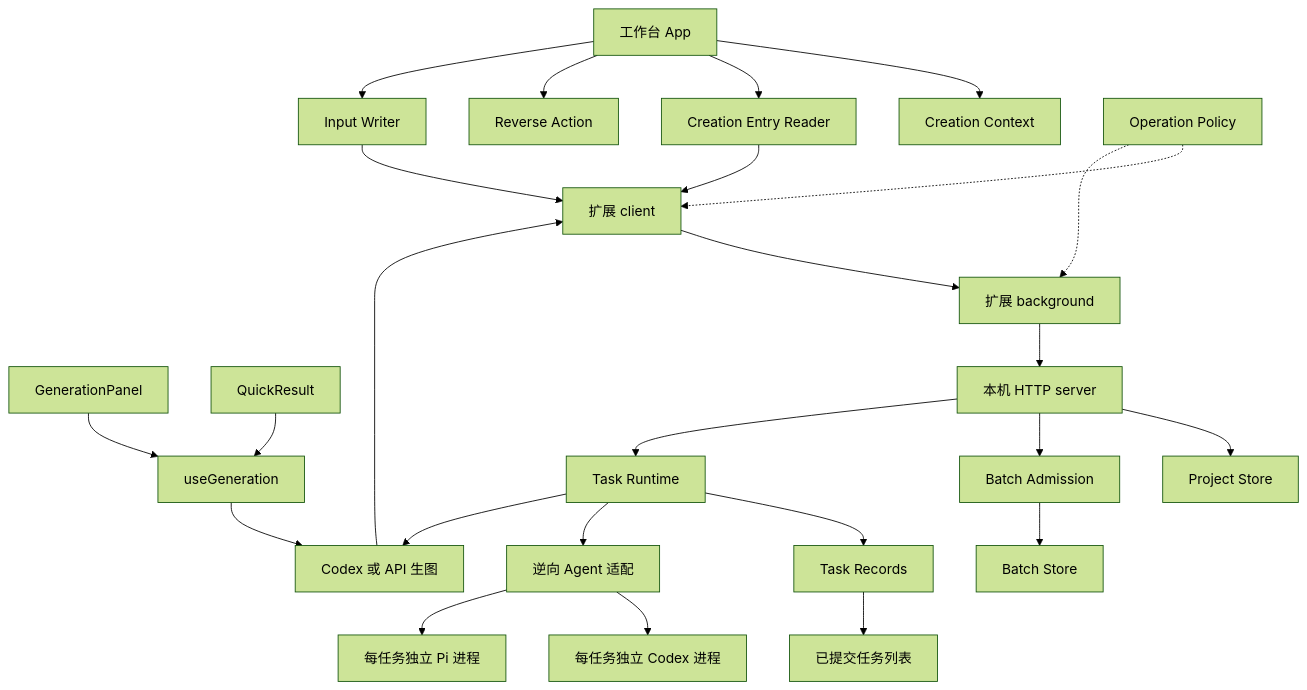
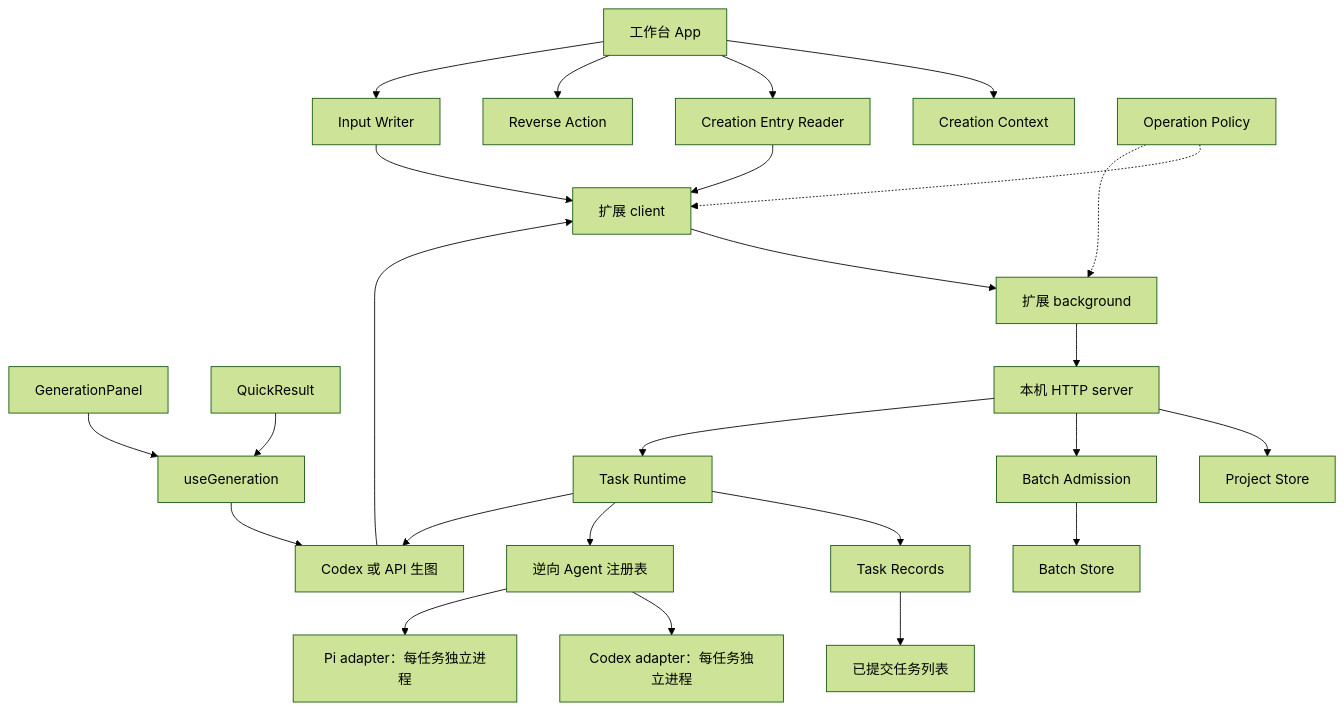
The diagram in browser-extension/docs/architecture.md (AIDiscovery007/qc-reframe), drawn with Mermaid (forest theme) before and after one commit. The commit also changed other lines of this file and 4 other files, not shown here.

Commit message:
docs: describe module ownership after the architecture refactor

````diff
--- a/browser-extension/docs/architecture.md
+++ b/browser-extension/docs/architecture.md
@@ -5,27 +5,27 @@
 ```mermaid
 flowchart TD
   App[工作台 App] --> Context[Creation Context]
   App --> Entry[Creation Entry Reader]
   App --> Reverse[Reverse Action]
   App --> Writer[Input Writer]
   Workspace[GenerationPanel] --> Hook[useGeneration]
   Quick[QuickResult] --> Hook
   Hook --> Generation[Generation Session]
   Writer --> Client[扩展 client]
   Entry --> Client
   Generation --> Client
   Client --> Background[扩展 background]
   Policy[Operation Policy] -.-> Client
   Policy -.-> Background
   Background --> Bridge[本机 HTTP server]
   Bridge --> Projects[Project Store]
   Bridge --> Admission[Batch Admission]
   Admission --> Batches[Batch Store]
   Bridge --> Runtime[Task Runtime]
   Runtime --> Records[Task Records]
   Records --> Feed[已提交任务列表]
-  Runtime --> Agent[逆向 Agent 适配]
-  Agent --> Codex[每任务独立 Codex 进程]
-  Agent --> Pi[每任务独立 Pi 进程]
+  Runtime --> Agent[逆向 Agent 注册表]
+  Agent --> Codex[Codex adapter：每任务独立进程]
+  Agent --> Pi[Pi adapter：每任务独立进程]
   Runtime --> Generation[Codex 或 API 生图]
 ```
````
